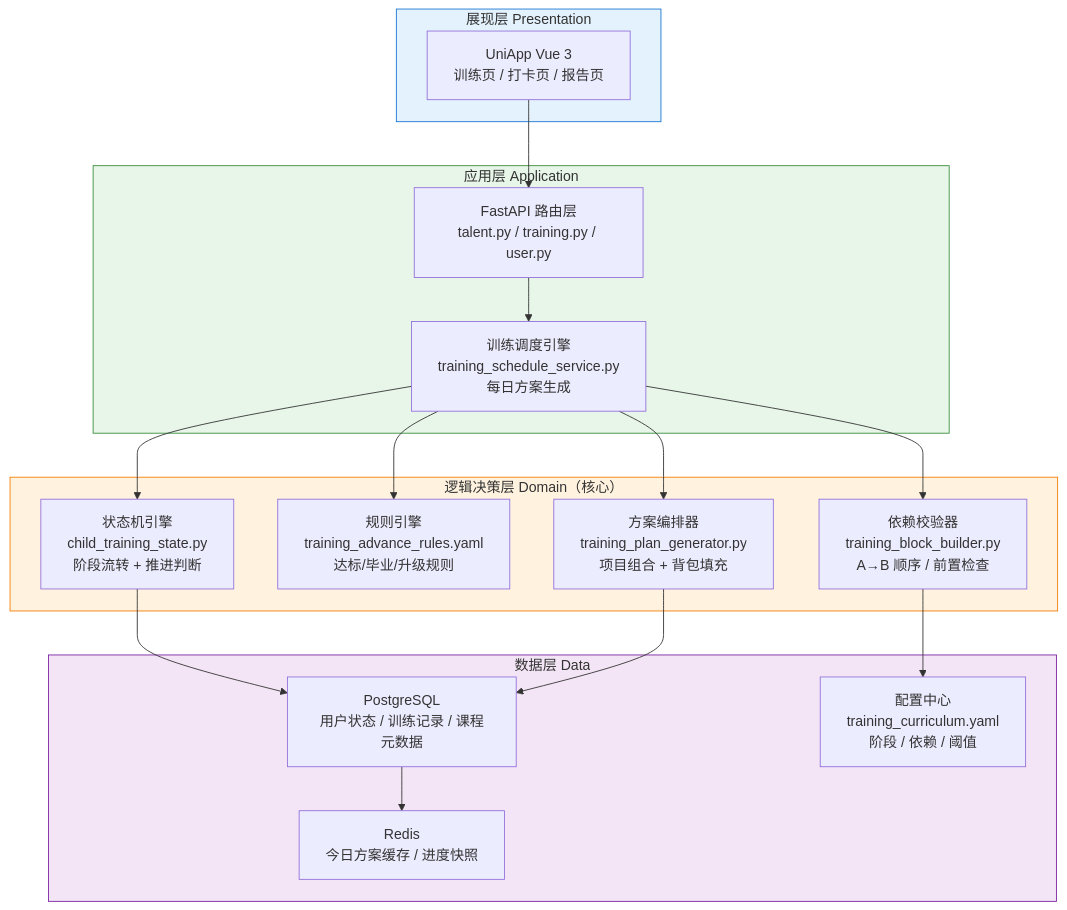
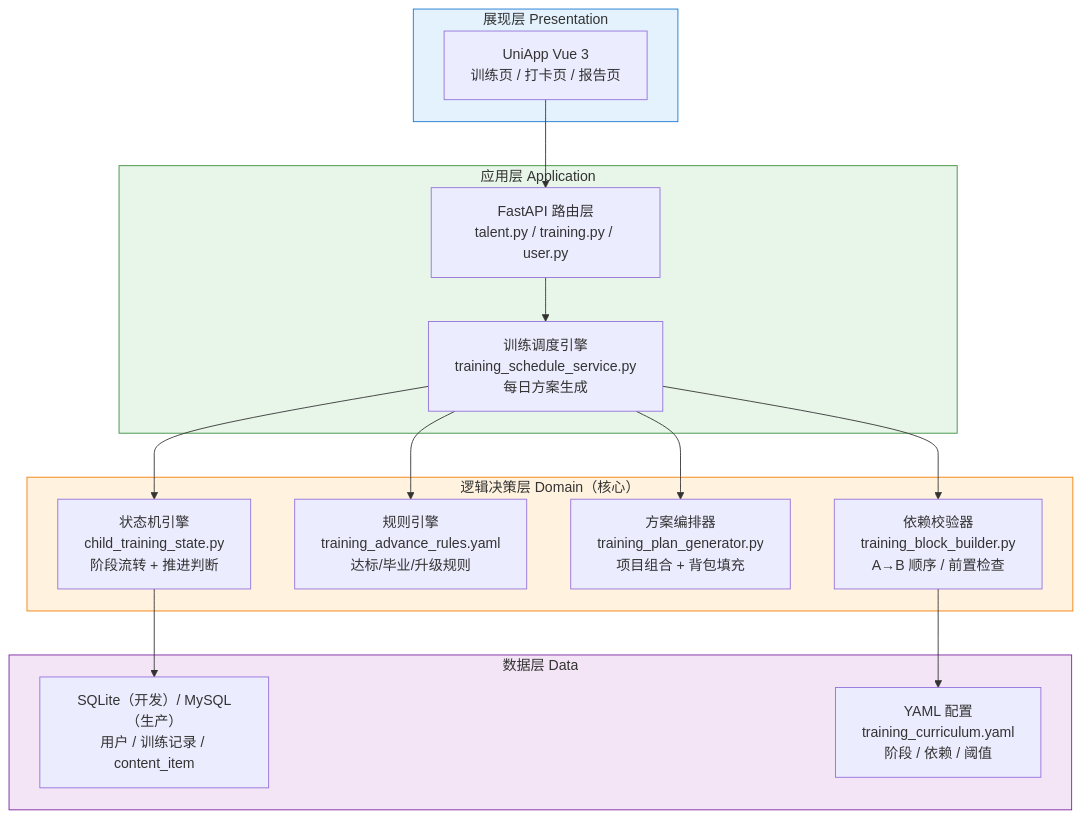
The third of 8 diagrams in docs/体系架构设计.md (quppwork/Jnao_tianfu_daka), drawn with Mermaid before and after one commit. The commit also changed other lines of this file and 23 other files, not shown here.

````diff
--- a/docs/体系架构设计.md
+++ b/docs/体系架构设计.md
@@ -91,40 +91,37 @@
 ```mermaid
 graph TB
     subgraph L3["展现层 Presentation"]
         VUE["UniApp Vue 3<br/>训练页 / 打卡页 / 报告页"]
     end
 
     subgraph L2["应用层 Application"]
         API["FastAPI 路由层<br/>talent.py / training.py / user.py"]
         SCHED["训练调度引擎<br/>training_schedule_service.py<br/>每日方案生成"]
     end
 
     subgraph L1["逻辑决策层 Domain（核心）"]
         STATE["状态机引擎<br/>child_training_state.py<br/>阶段流转 + 推进判断"]
         RULES["规则引擎<br/>training_advance_rules.yaml<br/>达标/毕业/升级规则"]
         PLAN["方案编排器<br/>training_plan_generator.py<br/>项目组合 + 背包填充"]
         DEP["依赖校验器<br/>training_block_builder.py<br/>A→B 顺序 / 前置检查"]
     end
 
     subgraph L0["数据层 Data"]
-        DB["PostgreSQL<br/>用户状态 / 训练记录 / 课程元数据"]
-        CACHE["Redis<br/>今日方案缓存 / 进度快照"]
-        CONFIG["配置中心<br/>training_curriculum.yaml<br/>阶段 / 依赖 / 阈值"]
+        DB["SQLite（开发）/ MySQL（生产）<br/>用户 / 训练记录 / content_item"]
+        CONFIG["YAML 配置<br/>training_curriculum.yaml<br/>阶段 / 依赖 / 阈值"]
     end
 
     VUE --> API
     API --> SCHED
     SCHED --> STATE
     SCHED --> RULES
     SCHED --> PLAN
     SCHED --> DEP
     STATE --> DB
-    PLAN --> DB
     DEP --> CONFIG
-    DB --> CACHE
 
     style L3 fill:#e3f2fd,stroke:#1976d2
     style L2 fill:#e8f5e9,stroke:#388e3c
     style L1 fill:#fff3e0,stroke:#f57c00
     style L0 fill:#f3e5f5,stroke:#7b1fa2
 ```
````
